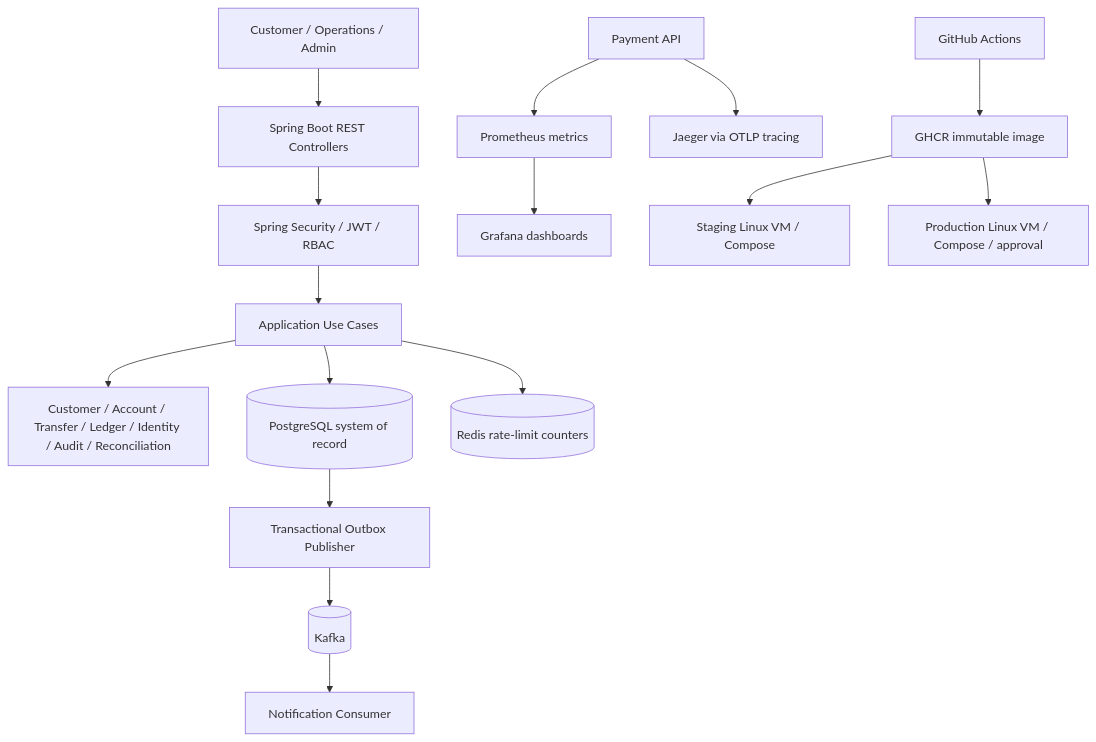
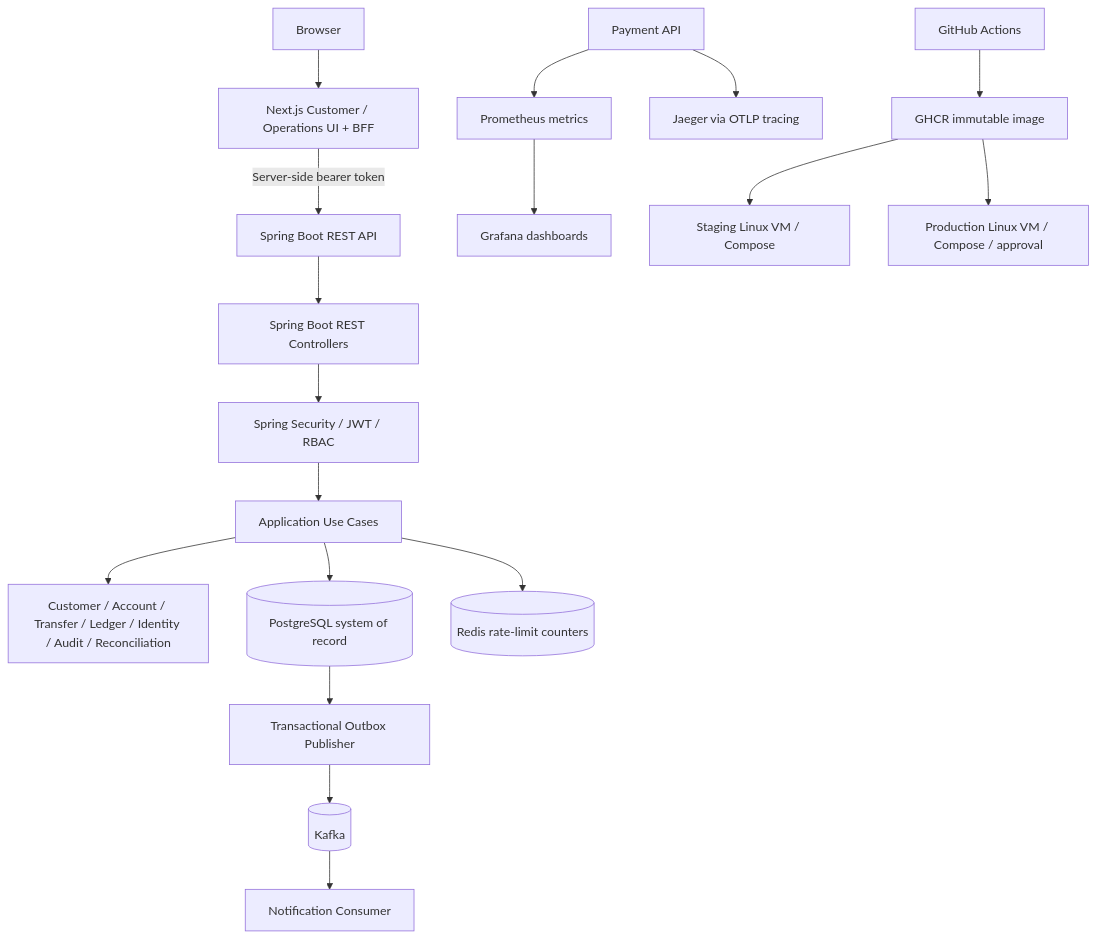
The diagram in docs/architecture/component-diagram.md (cyrushun/enterprise-payment-platform), drawn with Mermaid before and after one commit. The commit also changed other lines of this file and 87 other files, not shown here.

````diff
--- a/docs/architecture/component-diagram.md
+++ b/docs/architecture/component-diagram.md
@@ -3,18 +3,20 @@
 ```mermaid
 flowchart TB
-  Client[Customer / Operations / Admin] --> REST[Spring Boot REST Controllers]
+  Browser[Browser] --> Next[Next.js Customer / Operations UI + BFF]
+  Next -->|Server-side bearer token| Client[Spring Boot REST API]
+  Client --> REST[Spring Boot REST Controllers]
   REST --> SEC[Spring Security / JWT / RBAC]
   SEC --> APP[Application Use Cases]
   APP --> DOMAIN[Customer / Account / Transfer / Ledger / Identity / Audit / Reconciliation]
   APP --> PG[(PostgreSQL system of record)]
   APP --> REDIS[(Redis rate-limit counters)]
   PG --> OUT[Transactional Outbox Publisher]
   OUT --> KAFKA[(Kafka)]
   KAFKA --> NOTIFY[Notification Consumer]
   API[Payment API] --> PROM[Prometheus metrics]
   PROM --> GRAF[Grafana dashboards]
   API --> JAEGER[Jaeger via OTLP tracing]
   GH[GitHub Actions] --> GHCR[GHCR immutable image]
   GHCR --> STG[Staging Linux VM / Compose]
   GHCR --> PROD[Production Linux VM / Compose / approval]
 ```
````
